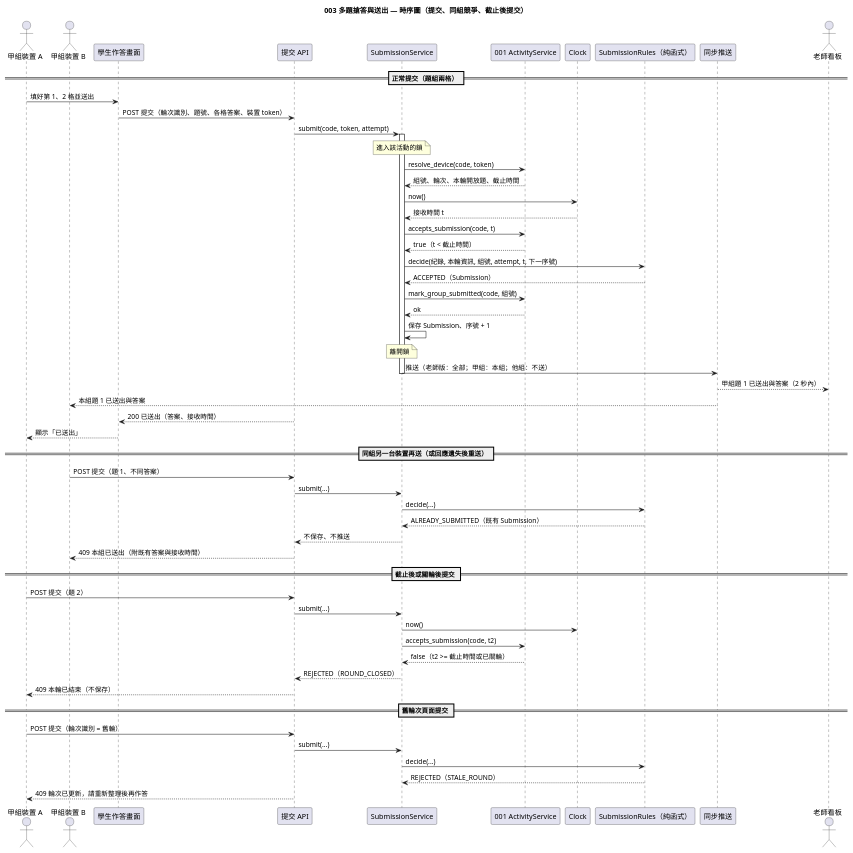
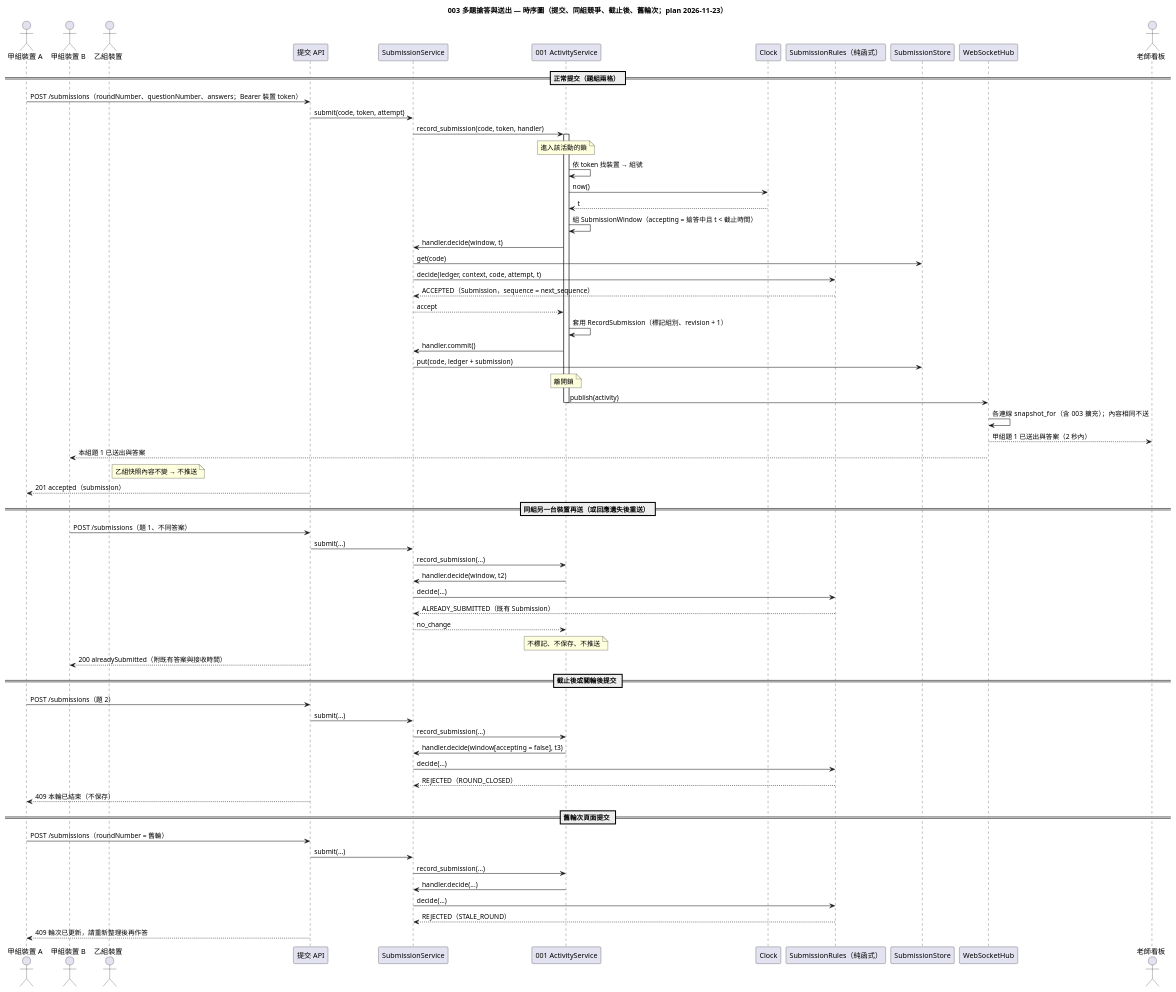
One commit to EricC430/lecture-answer-first_group16_speckit changed the diagram in diagrams/003-round-submission-sequence.puml. Above: the diagram before and after it, drawn with PlantUML. The commit also changed 13 other files, not shown here.

Commit message:
docs: 003 plan、research、data-model、contracts、quickstart，並依設計更新三張圖

```diff
--- a/diagrams/003-round-submission-sequence.puml
+++ b/diagrams/003-round-submission-sequence.puml
@@ -1,64 +1,72 @@
 @startuml 003-round-submission-sequence
 skinparam defaultFontName "Microsoft JhengHei"
-title 003 多題搶答與送出 — 時序圖（提交、同組競爭、截止後提交）
+title 003 多題搶答與送出 — 時序圖（提交、同組競爭、截止後、舊輪次；plan 2026-11-23）
 
 actor "甲組裝置 A" as A
 actor "甲組裝置 B" as B
-participant "學生作答畫面" as UI
+actor "乙組裝置" as C
 participant "提交 API" as Api
 participant "SubmissionService" as Svc
 participant "001 ActivityService" as Act
 participant "Clock" as Clock
 participant "SubmissionRules（純函式）" as Rules
-participant "同步推送" as Sync
+participant "SubmissionStore" as Store
+participant "WebSocketHub" as Hub
 actor "老師看板" as T
 
 == 正常提交（題組兩格） ==
-A -> UI : 填好第 1、2 格並送出
-UI -> Api : POST 提交（輪次識別、題號、各格答案、裝置 token）
+A -> Api : POST /submissions（roundNumber、questionNumber、answers；Bearer 裝置 token）
 Api -> Svc : submit(code, token, attempt)
-activate Svc
-note over Svc : 進入該活動的鎖
-Svc -> Act : resolve_device(code, token)
-Act --> Svc : 組號、輪次、本輪開放題、截止時間
-Svc -> Clock : now()
-Clock --> Svc : 接收時間 t
-Svc -> Act : accepts_submission(code, t)
-Act --> Svc : true（t < 截止時間）
-Svc -> Rules : decide(紀錄, 本輪資訊, 組號, attempt, t, 下一序號)
-Rules --> Svc : ACCEPTED（Submission）
-Svc -> Act : mark_group_submitted(code, 組號)
-Act --> Svc : ok
-Svc -> Svc : 保存 Submission、序號 + 1
-note over Svc : 離開鎖
-Svc -> Sync : 推送（老師版：全部；甲組：本組；他組：不送）
-deactivate Svc
-Sync --> T : 甲組題 1 已送出與答案（2 秒內）
-Sync --> B : 本組題 1 已送出與答案
-Api --> UI : 200 已送出（答案、接收時間）
-UI --> A : 顯示「已送出」
+Svc -> Act : record_submission(code, token, handler)
+activate Act
+note over Act : 進入該活動的鎖
+Act -> Act : 依 token 找裝置 → 組號
+Act -> Clock : now()
+Clock --> Act : t
+Act -> Act : 組 SubmissionWindow（accepting = 搶答中且 t < 截止時間）
+Act -> Svc : handler.decide(window, t)
+Svc -> Store : get(code)
+Svc -> Rules : decide(ledger, context, code, attempt, t)
+Rules --> Svc : ACCEPTED（Submission，sequence = next_sequence）
+Svc --> Act : accept
+Act -> Act : 套用 RecordSubmission（標記組別、revision + 1）
+Act -> Svc : handler.commit()
+Svc -> Store : put(code, ledger + submission)
+note over Act : 離開鎖
+Act -> Hub : publish(activity)
+deactivate Act
+Hub -> Hub : 各連線 snapshot_for（含 003 擴充）；內容相同不送
+Hub --> T : 甲組題 1 已送出與答案（2 秒內）
+Hub --> B : 本組題 1 已送出與答案
+note right of C : 乙組快照內容不變 → 不推送
+Api --> A : 201 accepted（submission）
 
 == 同組另一台裝置再送（或回應遺失後重送） ==
-B -> Api : POST 提交（題 1、不同答案）
+B -> Api : POST /submissions（題 1、不同答案）
 Api -> Svc : submit(...)
+Svc -> Act : record_submission(...)
+Act -> Svc : handler.decide(window, t2)
 Svc -> Rules : decide(...)
 Rules --> Svc : ALREADY_SUBMITTED（既有 Submission）
-Svc --> Api : 不保存、不推送
-Api --> B : 409 本組已送出（附既有答案與接收時間）
+Svc --> Act : no_change
+note over Act : 不標記、不保存、不推送
+Api --> B : 200 alreadySubmitted（附既有答案與接收時間）
 
 == 截止後或關輪後提交 ==
-A -> Api : POST 提交（題 2）
+A -> Api : POST /submissions（題 2）
 Api -> Svc : submit(...)
-Svc -> Clock : now()
-Svc -> Act : accepts_submission(code, t2)
-Act --> Svc : false（t2 >= 截止時間或已關輪）
-Svc --> Api : REJECTED（ROUND_CLOSED）
+Svc -> Act : record_submission(...)
+Act -> Svc : handler.decide(window[accepting = false], t3)
+Svc -> Rules : decide(...)
+Rules --> Svc : REJECTED（ROUND_CLOSED）
 Api --> A : 409 本輪已結束（不保存）
 
 == 舊輪次頁面提交 ==
-A -> Api : POST 提交（輪次識別 = 舊輪）
+A -> Api : POST /submissions（roundNumber = 舊輪）
 Api -> Svc : submit(...)
+Svc -> Act : record_submission(...)
+Act -> Svc : handler.decide(...)
 Svc -> Rules : decide(...)
 Rules --> Svc : REJECTED（STALE_ROUND）
 Api --> A : 409 輪次已更新，請重新整理後再作答
 @enduml
```
